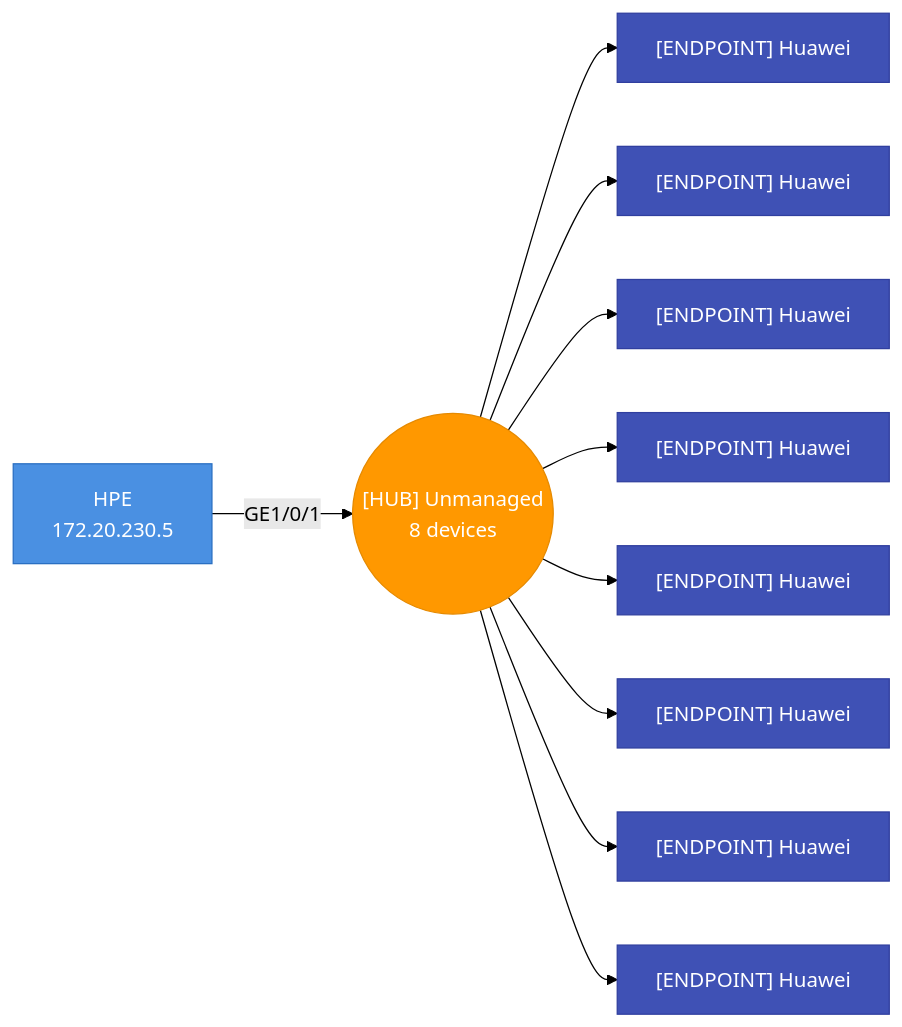
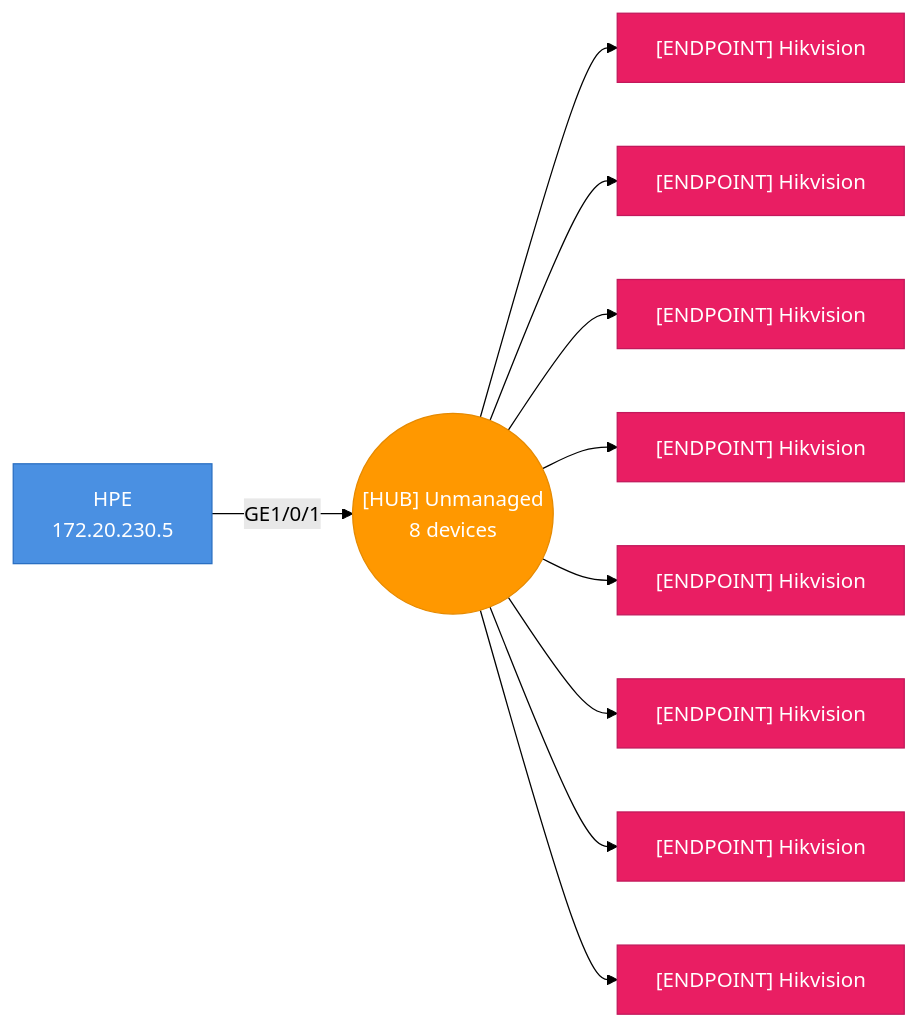
One commit to djamic/LLDP-Skanner-Go changed diagram 15 of 47 in testdata/golden/audit_default.md. Above: the diagram before and after it, drawn with Mermaid (forest theme). The commit also changed other lines of this file and 16 other files, not shown here.

````diff
--- a/testdata/golden/audit_default.md
+++ b/testdata/golden/audit_default.md
@@ -1867,32 +1857,32 @@
 ```mermaid
 graph LR
   hub_4caea3a218ec_p1(("[HUB] Unmanaged<br>8 devices"))
   4caea3a218ec["HPE<br>172.20.230.5"]
   4caea3a218ec-- "GE1/0/1" -->hub_4caea3a218ec_p1
   style 4caea3a218ec fill:#4A90E2,stroke:#2A6FC2,color:#fff
-  bc9b5e37bf45["[ENDPOINT] Huawei"]
+  bc9b5e37bf45["[ENDPOINT] Hikvision"]
   hub_4caea3a218ec_p1-->bc9b5e37bf45
-  style bc9b5e37bf45 fill:#3F51B5,stroke:#303F9F,color:#fff
-  bc9b5e37bf46["[ENDPOINT] Huawei"]
+  style bc9b5e37bf45 fill:#E91E63,stroke:#C2185B,color:#fff
+  bc9b5e37bf46["[ENDPOINT] Hikvision"]
   hub_4caea3a218ec_p1-->bc9b5e37bf46
-  style bc9b5e37bf46 fill:#3F51B5,stroke:#303F9F,color:#fff
-  bc9b5e37bf4c["[ENDPOINT] Huawei"]
+  style bc9b5e37bf46 fill:#E91E63,stroke:#C2185B,color:#fff
+  bc9b5e37bf4c["[ENDPOINT] Hikvision"]
   hub_4caea3a218ec_p1-->bc9b5e37bf4c
-  style bc9b5e37bf4c fill:#3F51B5,stroke:#303F9F,color:#fff
-  bc9b5e37bf4d["[ENDPOINT] Huawei"]
+  style bc9b5e37bf4c fill:#E91E63,stroke:#C2185B,color:#fff
+  bc9b5e37bf4d["[ENDPOINT] Hikvision"]
   hub_4caea3a218ec_p1-->bc9b5e37bf4d
-  style bc9b5e37bf4d fill:#3F51B5,stroke:#303F9F,color:#fff
-  bc9b5e37bf4e["[ENDPOINT] Huawei"]
+  style bc9b5e37bf4d fill:#E91E63,stroke:#C2185B,color:#fff
+  bc9b5e37bf4e["[ENDPOINT] Hikvision"]
   hub_4caea3a218ec_p1-->bc9b5e37bf4e
-  style bc9b5e37bf4e fill:#3F51B5,stroke:#303F9F,color:#fff
-  bc9b5e37bf54["[ENDPOINT] Huawei"]
+  style bc9b5e37bf4e fill:#E91E63,stroke:#C2185B,color:#fff
+  bc9b5e37bf54["[ENDPOINT] Hikvision"]
   hub_4caea3a218ec_p1-->bc9b5e37bf54
-  style bc9b5e37bf54 fill:#3F51B5,stroke:#303F9F,color:#fff
-  bc9b5e37bf55["[ENDPOINT] Huawei"]
+  style bc9b5e37bf54 fill:#E91E63,stroke:#C2185B,color:#fff
+  bc9b5e37bf55["[ENDPOINT] Hikvision"]
   hub_4caea3a218ec_p1-->bc9b5e37bf55
-  style bc9b5e37bf55 fill:#3F51B5,stroke:#303F9F,color:#fff
-  bc9b5e37bf5a["[ENDPOINT] Huawei"]
+  style bc9b5e37bf55 fill:#E91E63,stroke:#C2185B,color:#fff
+  bc9b5e37bf5a["[ENDPOINT] Hikvision"]
   hub_4caea3a218ec_p1-->bc9b5e37bf5a
-  style bc9b5e37bf5a fill:#3F51B5,stroke:#303F9F,color:#fff
+  style bc9b5e37bf5a fill:#E91E63,stroke:#C2185B,color:#fff
   style hub_4caea3a218ec_p1 fill:#FF9800,stroke:#E68A00,color:#fff
 ```
````
